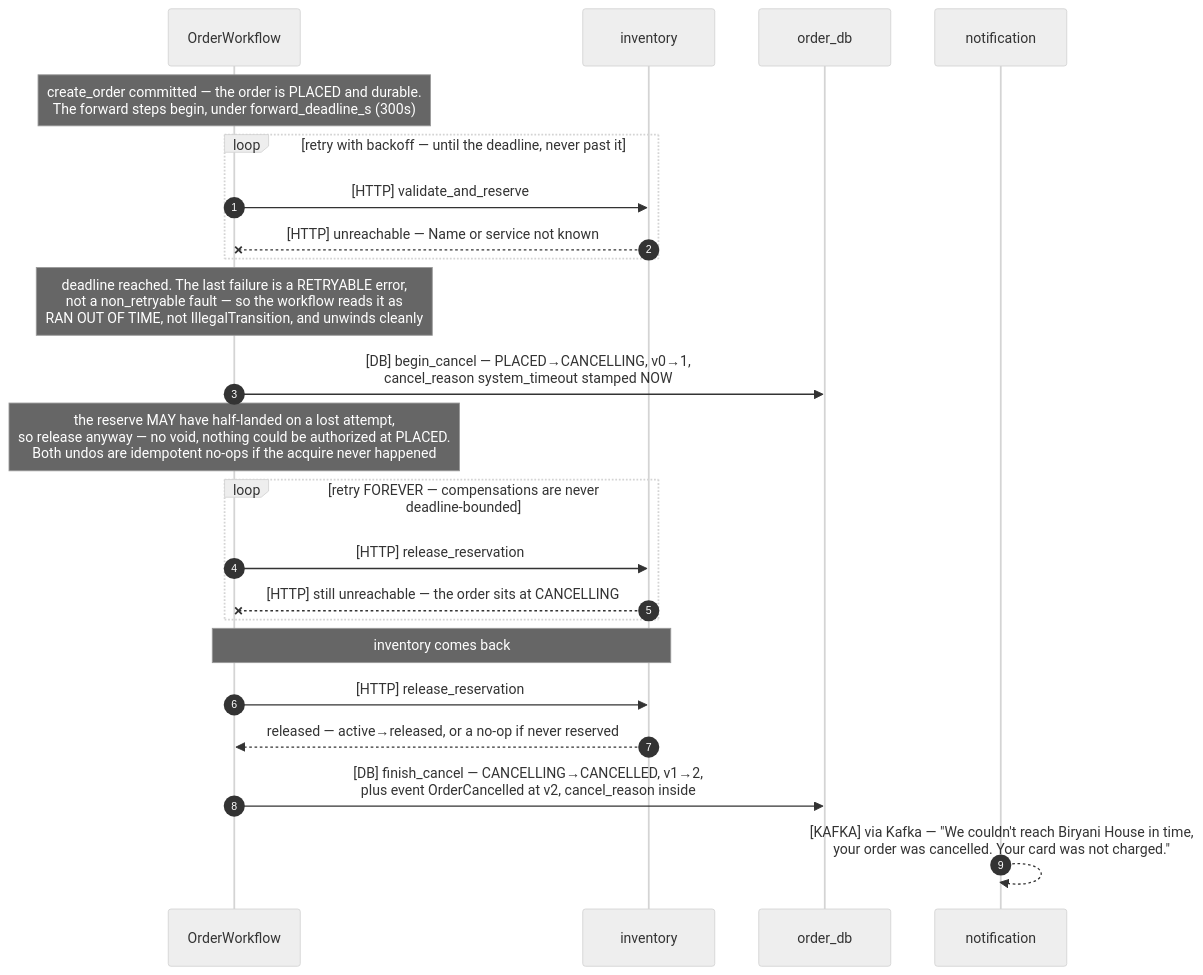
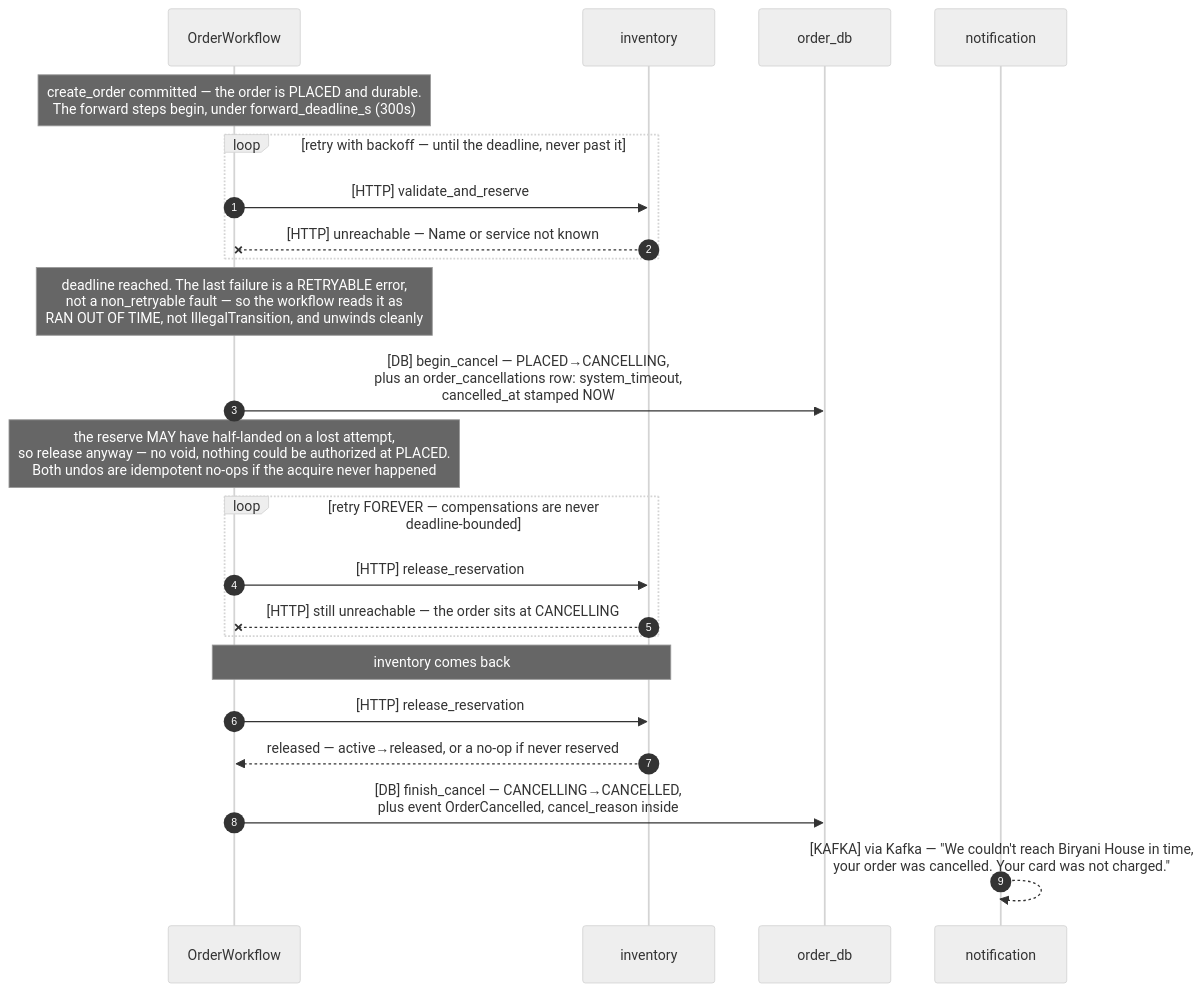
One commit to Aizazahmed-7/SmartFoodOps changed the fourth of 14 diagrams in docs/flows.md. Above: the diagram before and after it, drawn with Mermaid (neutral theme). The commit also changed other lines of this file and 8 other files, not shown here.

Commit message:
add cancelled reason new table

````diff
--- a/docs/flows.md
+++ b/docs/flows.md
@@ -170,26 +170,26 @@
 ```mermaid
 sequenceDiagram
     autonumber
     participant W as OrderWorkflow
     participant INV as inventory
     participant DB as order_db
     participant N as notification
 
     Note over W: create_order committed — the order is PLACED and durable.<br/>The forward steps begin, under forward_deadline_s (300s)
     loop retry with backoff — until the deadline, never past it
         W->>INV: [HTTP] validate_and_reserve
         INV--xW: [HTTP] unreachable — Name or service not known
     end
     Note over W: deadline reached. The last failure is a RETRYABLE error,<br/>not a non_retryable fault — so the workflow reads it as<br/>RAN OUT OF TIME, not IllegalTransition, and unwinds cleanly
-    W->>DB: [DB] begin_cancel — PLACED→CANCELLING, v0→1,<br/>cancel_reason system_timeout stamped NOW
+    W->>DB: [DB] begin_cancel — PLACED→CANCELLING,<br/>plus an order_cancellations row: system_timeout,<br/>cancelled_at stamped NOW
     Note over W: the reserve MAY have half-landed on a lost attempt,<br/>so release anyway — no void, nothing could be authorized at PLACED.<br/>Both undos are idempotent no-ops if the acquire never happened
     loop retry FOREVER — compensations are never deadline-bounded
         W->>INV: [HTTP] release_reservation
         INV--xW: [HTTP] still unreachable — the order sits at CANCELLING
     end
     Note over W,INV: inventory comes back
     W->>INV: [HTTP] release_reservation
     INV-->>W: released — active→released, or a no-op if never reserved
-    W->>DB: [DB] finish_cancel — CANCELLING→CANCELLED, v1→2,<br/>plus event OrderCancelled at v2, cancel_reason inside
+    W->>DB: [DB] finish_cancel — CANCELLING→CANCELLED,<br/>plus event OrderCancelled, cancel_reason inside
     N-->>N: [KAFKA] via Kafka — "We couldn't reach Biryani House in time,<br/>your order was cancelled. Your card was not charged."
 ```
````
